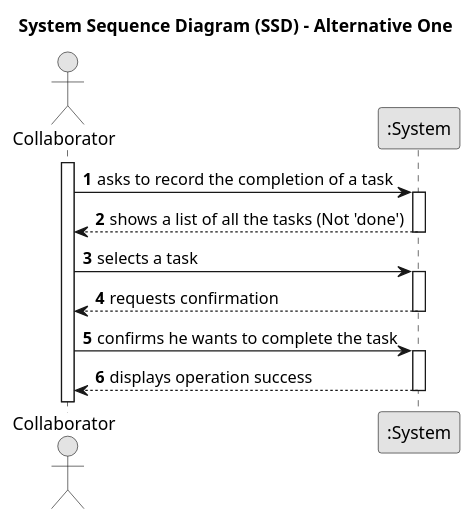
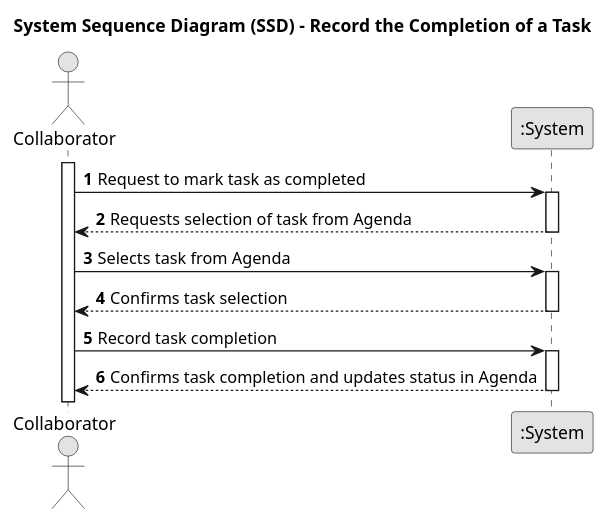
Before and after one commit to diogoveirospro/lei-24-s2-1dg-g072: the diagram in docs/sprintC/us029/01.requirements-engineering/puml/us029-system-sequence-diagram-alternative-one.puml, drawn with PlantUML. The commit also changed 5 other files, not shown here.

```diff
--- a/docs/sprintC/us029/01.requirements-engineering/puml/us029-system-sequence-diagram-alternative-one.puml
+++ b/docs/sprintC/us029/01.requirements-engineering/puml/us029-system-sequence-diagram-alternative-one.puml
@@ -1,33 +1,33 @@
 @startuml
 skinparam monochrome true
 skinparam packageStyle rectangle
 skinparam shadowing false
 
-title System Sequence Diagram (SSD) - Alternative One
+title System Sequence Diagram (SSD) - Record the Completion of a Task
 
 autonumber
 
 actor "Collaborator" as Col
 participant ":System" as System
 
 activate Col
 
-    Col -> System : asks to record the completion of a task
+    Col -> System : Request to mark task as completed
     activate System
 
-        System --> Col : shows a list of all the tasks (Not 'done')
+        System --> Col : Requests selection of task from Agenda
     deactivate System
 
-    Col -> System : selects a task
+    Col -> System : Selects task from Agenda
     activate System
 
-        System --> Col : requests confirmation
+        System --> Col : Confirms task selection
     deactivate System
 
-    Col -> System : confirms he wants to complete the task
+    Col -> System : Record task completion
     activate System
 
-        System --> Col : displays operation success
+        System --> Col : Confirms task completion and updates status in Agenda
     deactivate System
 
 @enduml
```
